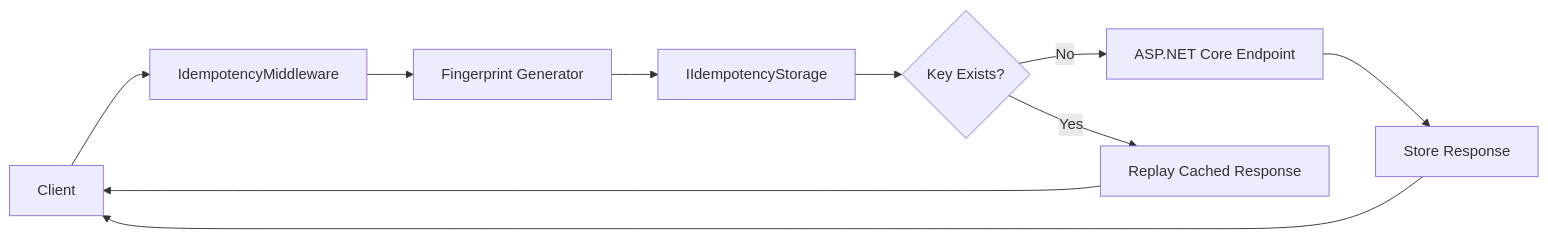
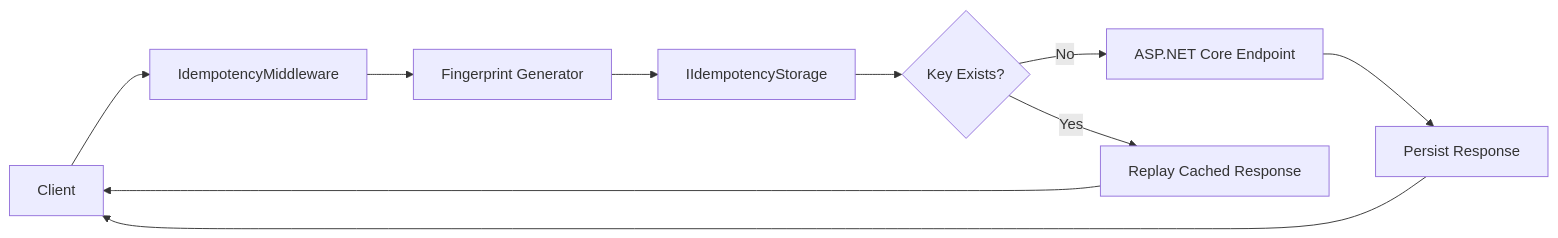
One commit to FEDERIN/CoreSystem changed the first of 3 diagrams in docs/Idempotency/Architecture.md. Above: the diagram before and after it, drawn with Mermaid. The commit also changed other lines of this file and 23 other files, not shown here.

````diff
--- a/docs/Idempotency/Architecture.md
+++ b/docs/Idempotency/Architecture.md
@@ -9,23 +11,23 @@
 ```mermaid
 flowchart LR
 
     Client["Client"]
 
     Client --> Middleware["IdempotencyMiddleware"]
 
     Middleware --> Fingerprint["Fingerprint Generator"]
 
     Fingerprint --> Storage["IIdempotencyStorage"]
 
     Storage --> Decision{"Key Exists?"}
 
     Decision -->|No| Endpoint["ASP.NET Core Endpoint"]
 
-    Endpoint --> StorageSave["Store Response"]
+    Endpoint --> Persist["Persist Response"]
 
-    StorageSave --> Client
+    Persist --> Client
 
     Decision -->|Yes| Replay["Replay Cached Response"]
 
     Replay --> Client
 ```
````
